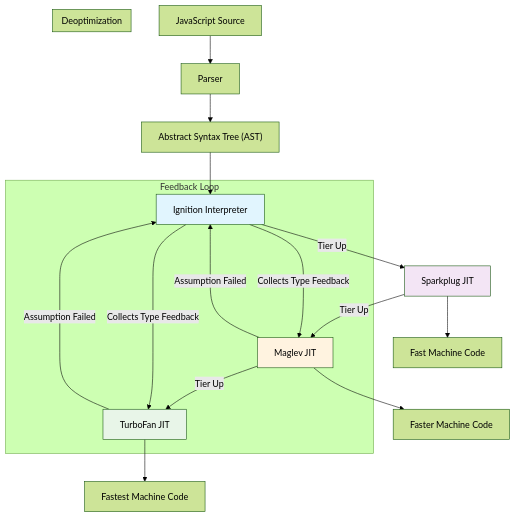
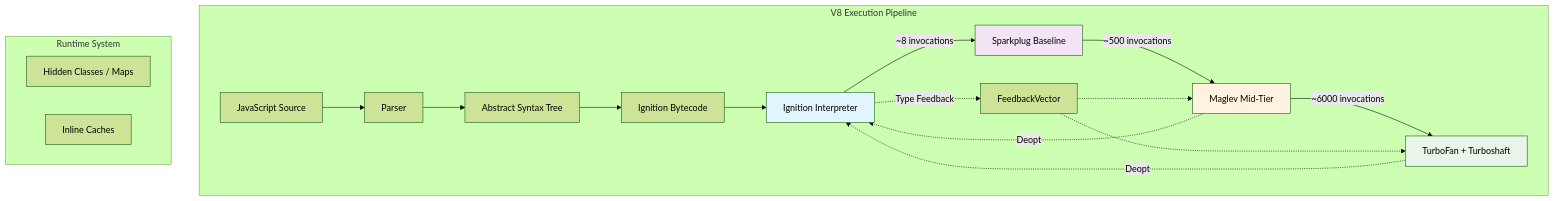
One commit to sujeet-pro/legacy-personal-site changed the first of 4 diagrams in v4/content/articles/browser-runtime-internals/js-runtime-internals/v8-engine-architecture/README.md. Above: the diagram before and after it, drawn with Mermaid (forest theme). The commit also changed other lines of this file and 115 other files, not shown here.

````diff
--- a/v4/content/articles/browser-runtime-internals/js-runtime-internals/v8-engine-architecture/README.md
+++ b/v4/content/articles/browser-runtime-internals/js-runtime-internals/v8-engine-architecture/README.md
@@ -74,28 +7,31 @@
 ```mermaid
-graph TD
-    A[JavaScript Source] --> B[Parser]
-    B --> C["Abstract Syntax Tree (AST)"]
-    C --> D[Ignition Interpreter]
-    D -- Tier Up --> E[Sparkplug JIT]
-    E -- Tier Up --> F[Maglev JIT]
-    F -- Tier Up --> G[TurboFan JIT]
+flowchart TD
+    subgraph "V8 Execution Pipeline"
+        Source[JavaScript Source] --> Parser
+        Parser --> AST[Abstract Syntax Tree]
+        AST --> Bytecode[Ignition Bytecode]
 
-    subgraph "Feedback Loop"
-        D -- Collects Type Feedback --> F
-        D -- Collects Type Feedback --> G
+        Bytecode --> Ignition[Ignition Interpreter]
+        Ignition -->|"~8 invocations"| Sparkplug[Sparkplug Baseline]
+        Sparkplug -->|"~500 invocations"| Maglev[Maglev Mid-Tier]
+        Maglev -->|"~6000 invocations"| TurboFan[TurboFan + Turboshaft]
+
+        Ignition -.->|"Type Feedback"| FeedbackVector
+        FeedbackVector -.-> Maglev
+        FeedbackVector -.-> TurboFan
+
+        TurboFan -.->|"Deopt"| Ignition
+        Maglev -.->|"Deopt"| Ignition
     end
 
-    subgraph "Deoptimization"
-        G -- Assumption Failed --> D
-        F -- Assumption Failed --> D
+    subgraph "Runtime System"
+        FeedbackVector[FeedbackVector]
+        Maps[Hidden Classes / Maps]
+        IC[Inline Caches]
     end
 
-    E --> H[Fast Machine Code]
-    F --> I[Faster Machine Code]
-    G --> J[Fastest Machine Code]
-
-    style D fill:#e1f5fe
-    style E fill:#f3e5f5
-    style F fill:#fff3e0
-    style G fill:#e8f5e8
+    style Ignition fill:#e1f5fe
+    style Sparkplug fill:#f3e5f5
+    style Maglev fill:#fff3e0
+    style TurboFan fill:#e8f5e8
 ```
````
